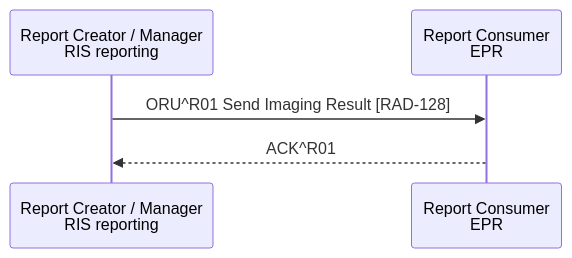
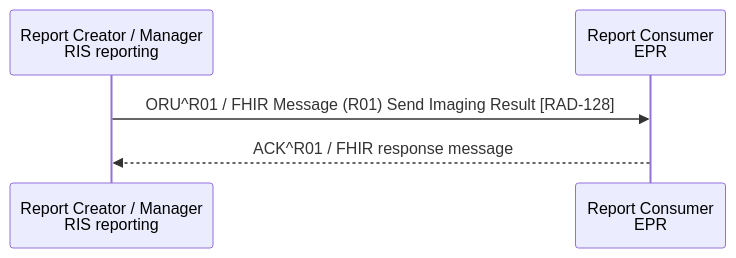
One commit to KevinMayfield/Imaging changed the diagram in input/pagecontent/RAD-128.md. Above: the diagram before and after it, drawn with Mermaid. The commit also changed other lines of this file and 5 other files, not shown here.

First line of the commit message:
Add Procedure Scheduled (O23) and Imaging Result (R01) FHIR Messages

````diff
--- a/input/pagecontent/RAD-128.md
+++ b/input/pagecontent/RAD-128.md
@@ -41,7 +41,7 @@
 ```mermaid
 sequenceDiagram
     participant RM as Report Creator / Manager<br/>RIS reporting
     participant RC as Report Consumer<br/>EPR
-    RM ->> RC: ORU^R01 Send Imaging Result [RAD-128]
-    RC -->> RM: ACK^R01
+    RM ->> RC: ORU^R01 / FHIR Message (R01) Send Imaging Result [RAD-128]
+    RC -->> RM: ACK^R01 / FHIR response message
 ```
````
